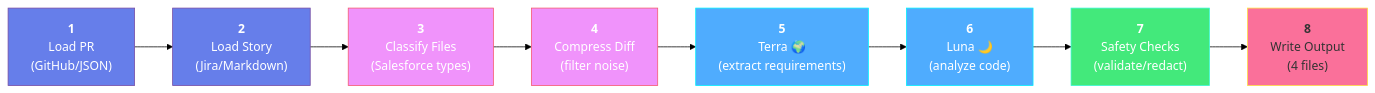
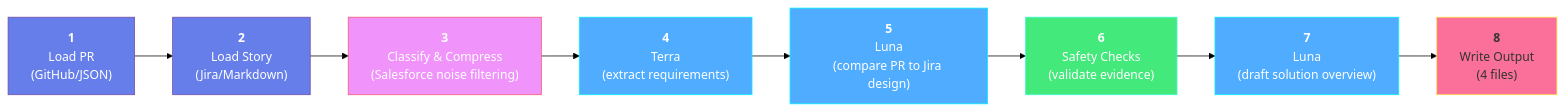
Before and after one commit to Krishnamurthy-sfdx/StoryDoc: the diagram in README.md, drawn with Mermaid (forest theme). The commit also changed other lines of this file and 20 other files, not shown here.

Commit message:
feat: finalize StoryDoc Jira design pipeline

````diff
--- a/README.md
+++ b/README.md
@@ -33,22 +33,22 @@
 ```mermaid
 graph LR
     A["<b>1</b><br/>Load PR<br/>(GitHub/JSON)"]
     B["<b>2</b><br/>Load Story<br/>(Jira/Markdown)"]
-    C["<b>3</b><br/>Classify Files<br/>(Salesforce types)"]
-    D["<b>4</b><br/>Compress Diff<br/>(filter noise)"]
-    E["<b>5</b><br/>Terra 🌍<br/>(extract requirements)"]
-    F["<b>6</b><br/>Luna 🌙<br/>(analyze code)"]
-    G["<b>7</b><br/>Safety Checks<br/>(validate/redact)"]
+    C["<b>3</b><br/>Classify & Compress<br/>(Salesforce noise filtering)"]
+    D["<b>4</b><br/>Terra<br/>(extract requirements)"]
+    E["<b>5</b><br/>Luna<br/>(compare PR to Jira design)"]
+    F["<b>6</b><br/>Safety Checks<br/>(validate evidence)"]
+    G["<b>7</b><br/>Luna<br/>(draft solution overview)"]
     H["<b>8</b><br/>Write Output<br/>(4 files)"]
 
     A --> B --> C --> D --> E --> F --> G --> H
 
     style A fill:#667eea,stroke:#764ba2,color:#fff
     style B fill:#667eea,stroke:#764ba2,color:#fff
     style C fill:#f093fb,stroke:#f5576c,color:#fff
-    style D fill:#f093fb,stroke:#f5576c,color:#fff
+    style D fill:#4facfe,stroke:#00f2fe,color:#fff
     style E fill:#4facfe,stroke:#00f2fe,color:#fff
-    style F fill:#4facfe,stroke:#00f2fe,color:#fff
-    style G fill:#43e97b,stroke:#38f9d7,color:#fff
+    style F fill:#43e97b,stroke:#38f9d7,color:#fff
+    style G fill:#4facfe,stroke:#00f2fe,color:#fff
     style H fill:#fa709a,stroke:#fee140,color:#333
 ```
````
